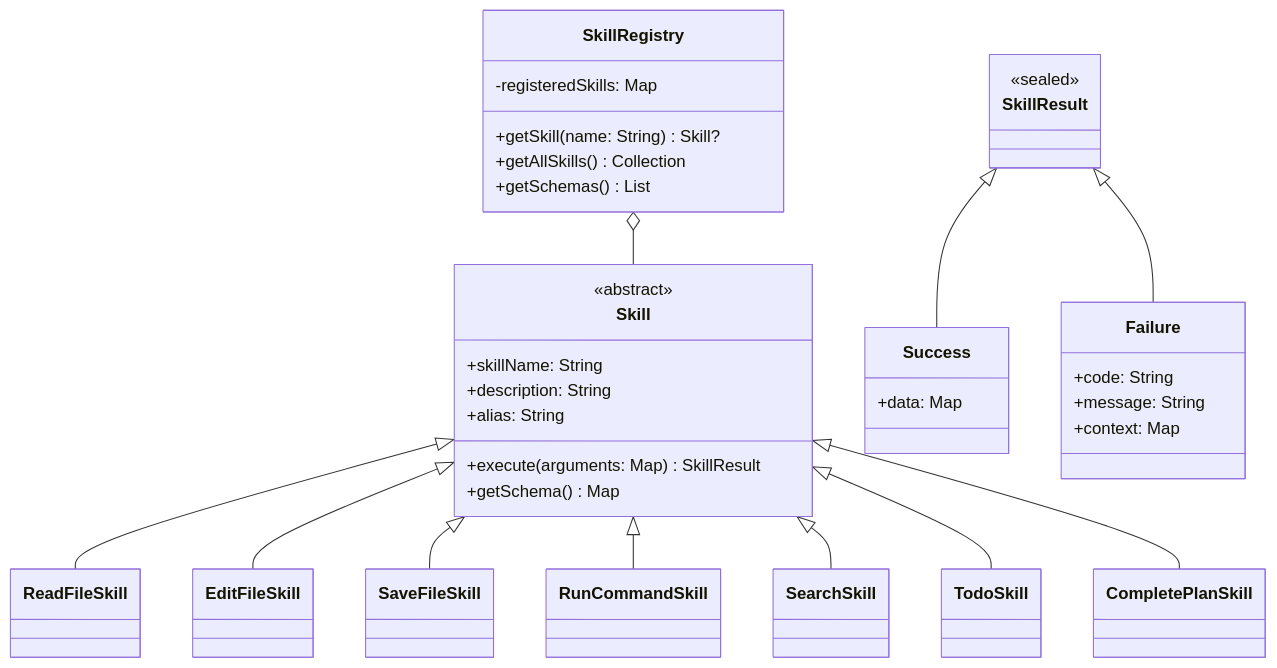
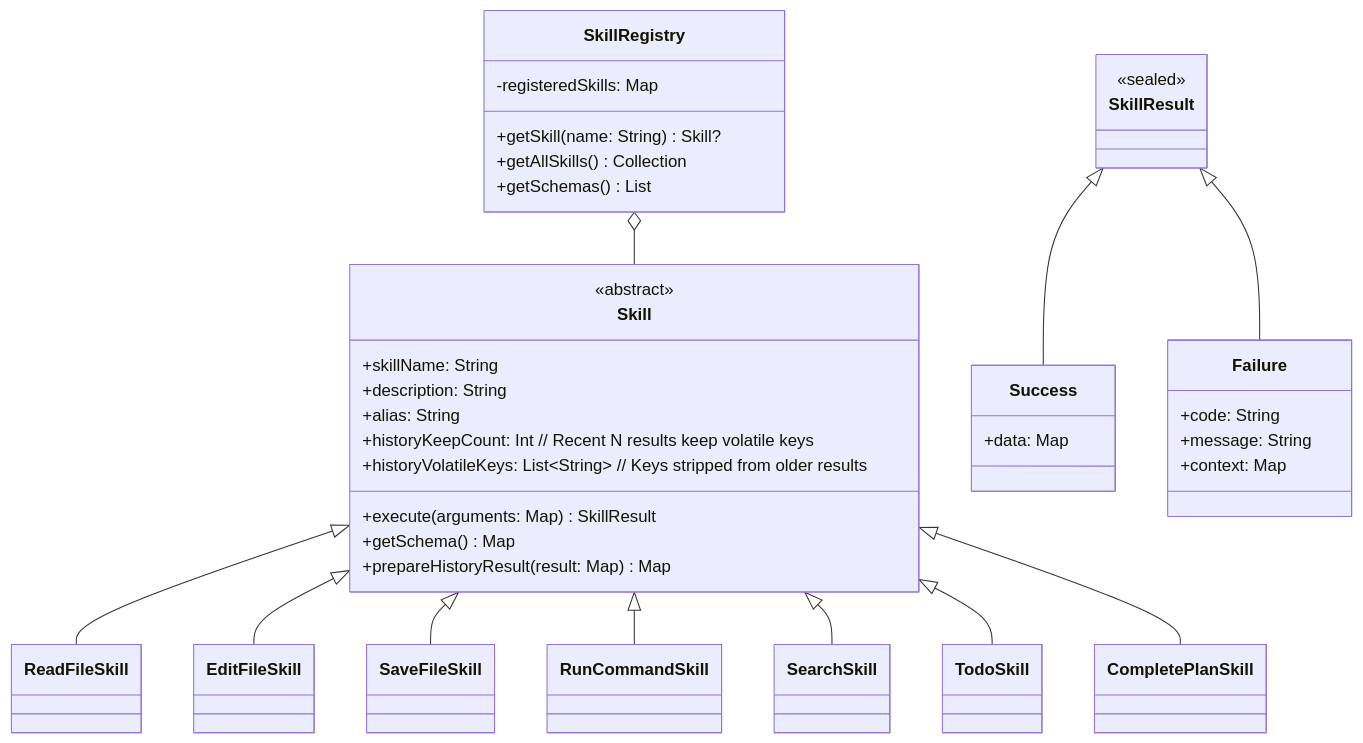
The second of 3 diagrams in docs/PLUGIN_DEVELOPMENT.md (lg841226/Gradum), drawn with Mermaid before and after one commit. The commit also changed other lines of this file and 26 other files, not shown here.

````diff
--- a/docs/PLUGIN_DEVELOPMENT.md
+++ b/docs/PLUGIN_DEVELOPMENT.md
@@ -60,51 +60,54 @@
 ```mermaid
 classDiagram
     class Skill {
         <<abstract>>
         +skillName: String
         +description: String
         +alias: String
         +execute(arguments: Map) SkillResult
         +getSchema() Map
+        +historyKeepCount: Int             // Recent N results keep volatile keys
+        +historyVolatileKeys: List~String~ // Keys stripped from older results
+        +prepareHistoryResult(result: Map) Map
     }
 
     class SkillResult {
         <<sealed>>
     }
 
     class Success {
         +data: Map
     }
 
     class Failure {
         +code: String
         +message: String
         +context: Map
     }
 
     class SkillRegistry {
         -registeredSkills: Map
         +getSkill(name: String) Skill?
         +getAllSkills() Collection
         +getSchemas() List
     }
 
     class ReadFileSkill
     class EditFileSkill
     class SaveFileSkill
     class RunCommandSkill
     class SearchSkill
     class TodoSkill
     class CompletePlanSkill
 
     SkillResult <|-- Success
     SkillResult <|-- Failure
     Skill <|-- ReadFileSkill
     Skill <|-- EditFileSkill
     Skill <|-- SaveFileSkill
     Skill <|-- RunCommandSkill
     Skill <|-- SearchSkill
     Skill <|-- TodoSkill
     Skill <|-- CompletePlanSkill
     SkillRegistry o-- Skill
 ```
````
